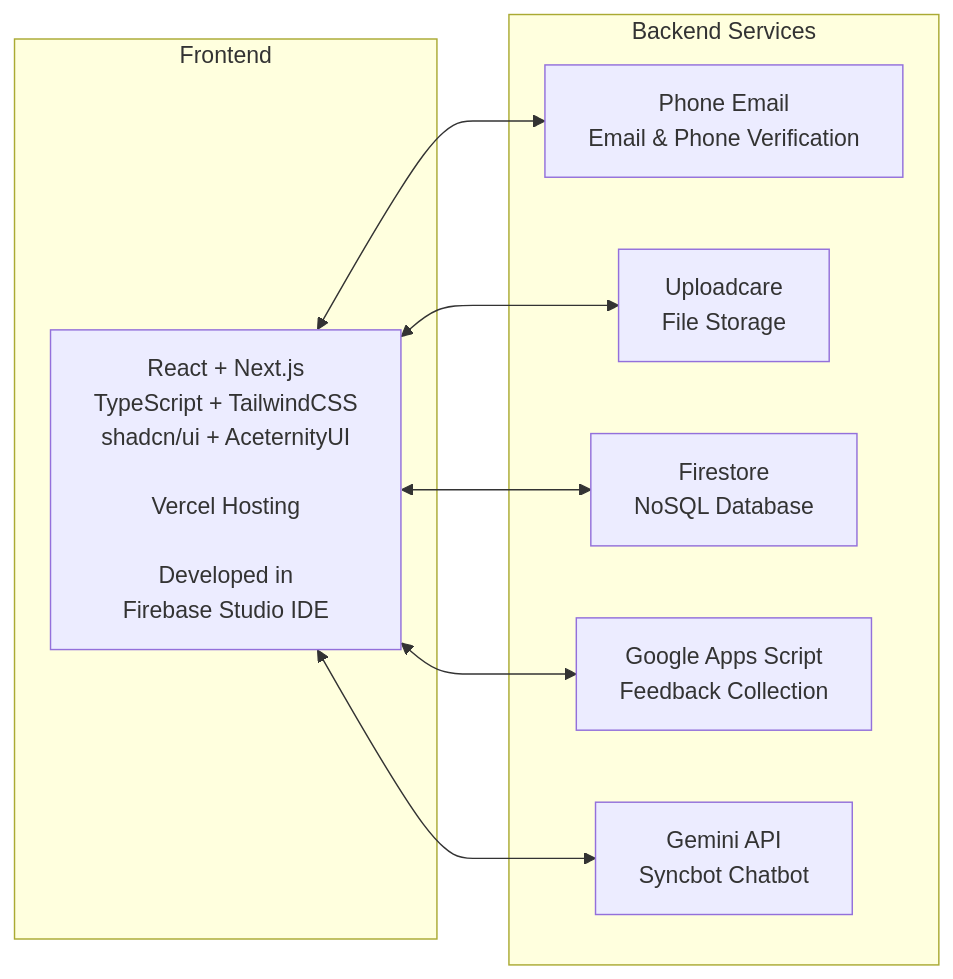
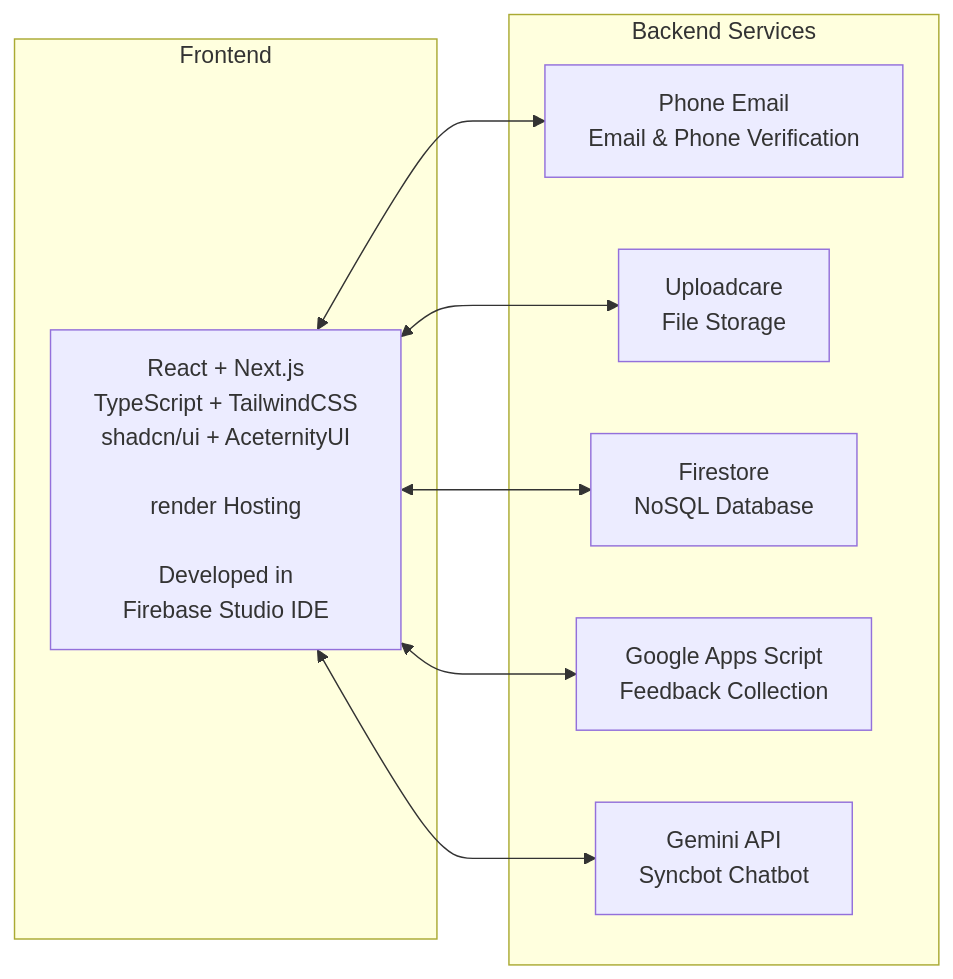
The diagram in README.md (thasarathi1830/donor-sync), drawn with Mermaid before and after one commit. The commit also changed other lines of this file, not shown here.

````diff
--- a/README.md
+++ b/README.md
@@ -48,30 +44,30 @@
 ```mermaid
 flowchart LR
     %% Frontend
     subgraph Frontend
         FE[React + Next.js<br>TypeScript + TailwindCSS<br>shadcn/ui + AceternityUI<br>
-        Vercel Hosting<br>
+        render Hosting<br>
         Developed in 
         Firebase Studio IDE]
          
     end
 
     %% Backend Services
     subgraph Backend_Services["Backend Services"]
         VERIFY[Phone Email<br>Email & Phone Verification]
         STORAGE[Uploadcare<br>File Storage]
         DB[Firestore<br>NoSQL Database]
         FEEDBACK[Google Apps Script<br>Feedback Collection]
         BOT[Gemini API<br>Syncbot Chatbot]
   
     end
 
     %% Connections
     FE <--> VERIFY
     FE <--> STORAGE
     FE <--> DB
     FE <--> BOT
     FE <--> FEEDBACK
 
 
 ```
````
